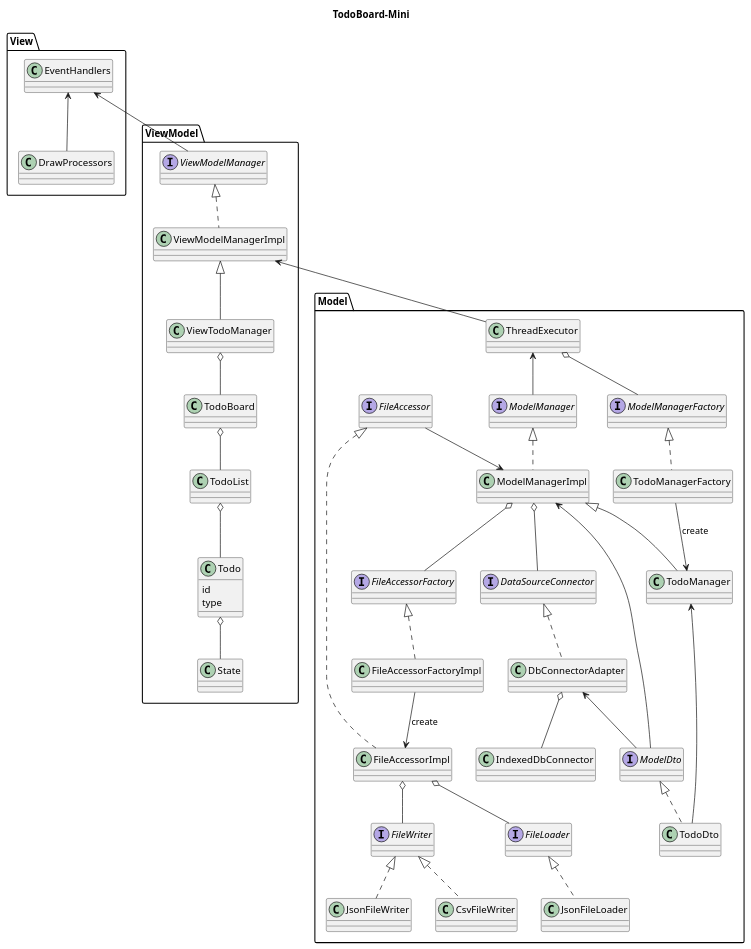
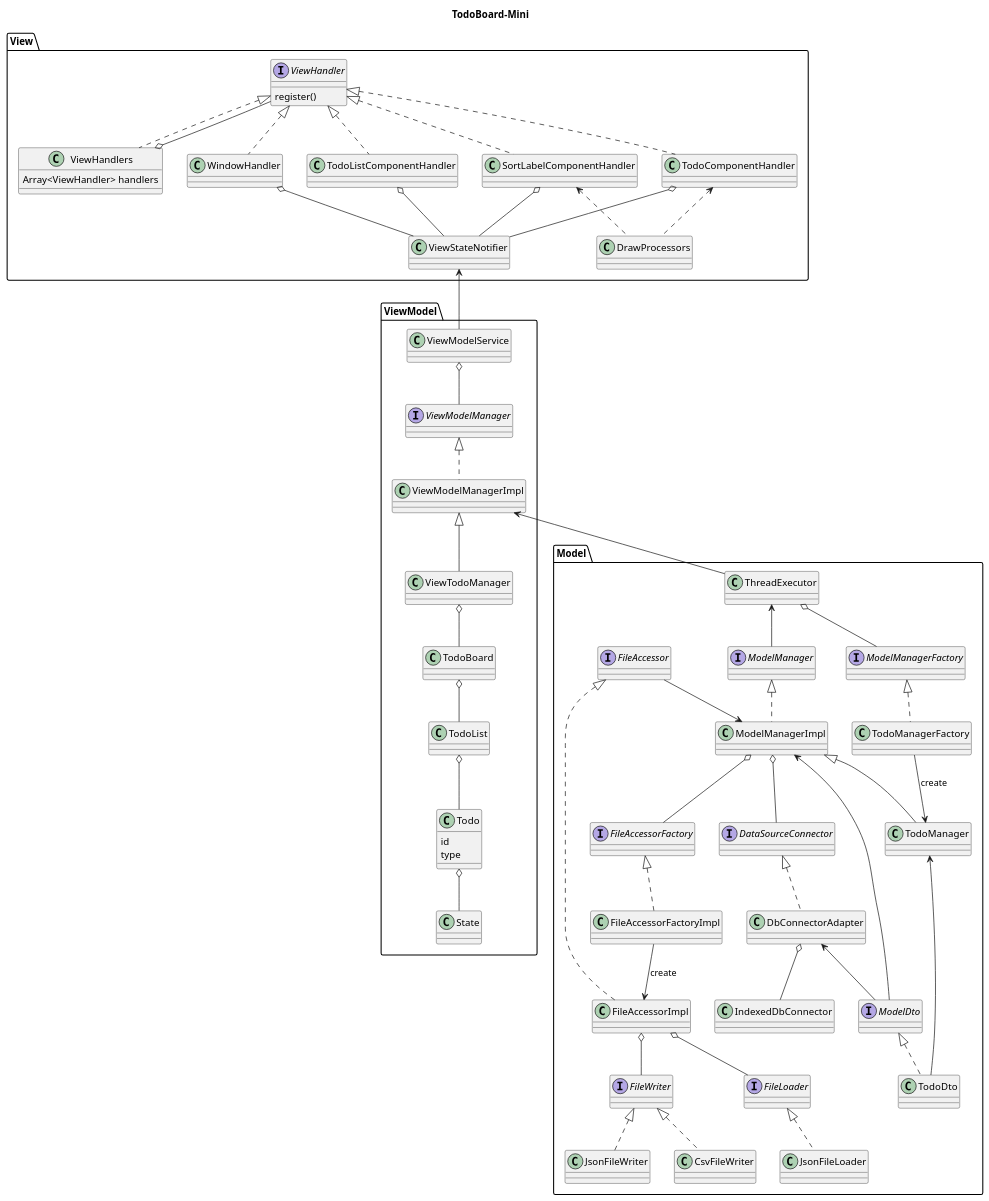
One commit to Symthy/TodoList-ts-pre changed the diagram in doc/class.pu. Above: the diagram before and after it, drawn with PlantUML. The commit also changed 10 other files, not shown here.

Commit message:
refactor: register view event listener process

```diff
--- a/doc/class.pu
+++ b/doc/class.pu
@@ -1,78 +1,98 @@
 @startuml
 title TodoBoard-Mini
 
 package "View" {
-  class EventHandlers
+  interface ViewHandler {
+    register()
+  }
+
+  class ViewHandlers  implements ViewHandler {
+    Array<ViewHandler> handlers
+  }
+  class WindowHandler implements ViewHandler
+  class TodoComponentHandler implements ViewHandler
+  class TodoListComponentHandler implements ViewHandler
+  class SortLabelComponentHandler implements ViewHandler
   class DrawProcessors
-  EventHandlers <-- DrawProcessors
+
+  ViewHandlers o-- ViewHandler
+  WindowHandler o-- ViewStateNotifier
+  TodoComponentHandler o-- ViewStateNotifier
+  TodoListComponentHandler o-- ViewStateNotifier
+  SortLabelComponentHandler o-- ViewStateNotifier
+
+  TodoComponentHandler <.. DrawProcessors
+  SortLabelComponentHandler <.. DrawProcessors
 }
 
 package "ViewModel" {
-  EventHandlers <-- ViewModelManager
+  ViewStateNotifier <-- ViewModelService
 
   class Todo {
     id
     type
   }
   class State
+  class ViewModelService
   interface ViewModelManager
   class ViewModelManagerImpl
   class ViewTodoManager
+  ViewModelService o-- ViewModelManager
   ViewModelManager <|.. ViewModelManagerImpl
   ViewModelManagerImpl <|-- ViewTodoManager
   ViewTodoManager o-- TodoBoard
   TodoBoard o-- TodoList
   TodoList o-- Todo
   Todo o-- State
 }
 
 ' ViewTodoManager --> ModelManager
 
 package "Model" {
   class ThreadExecutor
   ViewModelManagerImpl <-- ThreadExecutor
   ThreadExecutor o-- ModelManagerFactory
   ThreadExecutor <-- ModelManager
 
   interface ModelManager
   interface ModelManagerFactory
   interface ModelDto
   class ModelManagerImpl
   class TodoManager
   class TodoManagerFactory
   class TodoDto
   ModelManager <|.. ModelManagerImpl
   ModelManagerImpl <|-- TodoManager
   ModelManagerFactory <|.. TodoManagerFactory
   ModelDto <|.. TodoDto
   TodoManager <-- TodoDto
   ModelManagerImpl <-- ModelDto
   TodoManagerFactory --> TodoManager : create
 
   ModelManagerImpl o-- DataSourceConnector
   ModelManagerImpl o-- FileAccessorFactory
   DbConnectorAdapter <-- ModelDto
 
   interface DataSourceConnector
   class DbConnectorAdapter
   class IndexedDbConnector
   DataSourceConnector <|.. DbConnectorAdapter
   DbConnectorAdapter o-- IndexedDbConnector
 
   FileAccessor --> ModelManagerImpl
 
   interface FileAccessorFactory
   class FileAccessorFactoryImpl
   interface FileWriter
   interface FileLoader
   interface FileAccessor
   FileAccessorFactory <|.. FileAccessorFactoryImpl
   FileAccessorFactoryImpl --> FileAccessorImpl : create
   FileAccessor <|.. FileAccessorImpl
   FileAccessorImpl o-- FileWriter
   FileAccessorImpl o-- FileLoader
   FileWriter <|.. CsvFileWriter
   FileWriter <|.. JsonFileWriter
   FileLoader <|.. JsonFileLoader
 }
 @enduml
```
